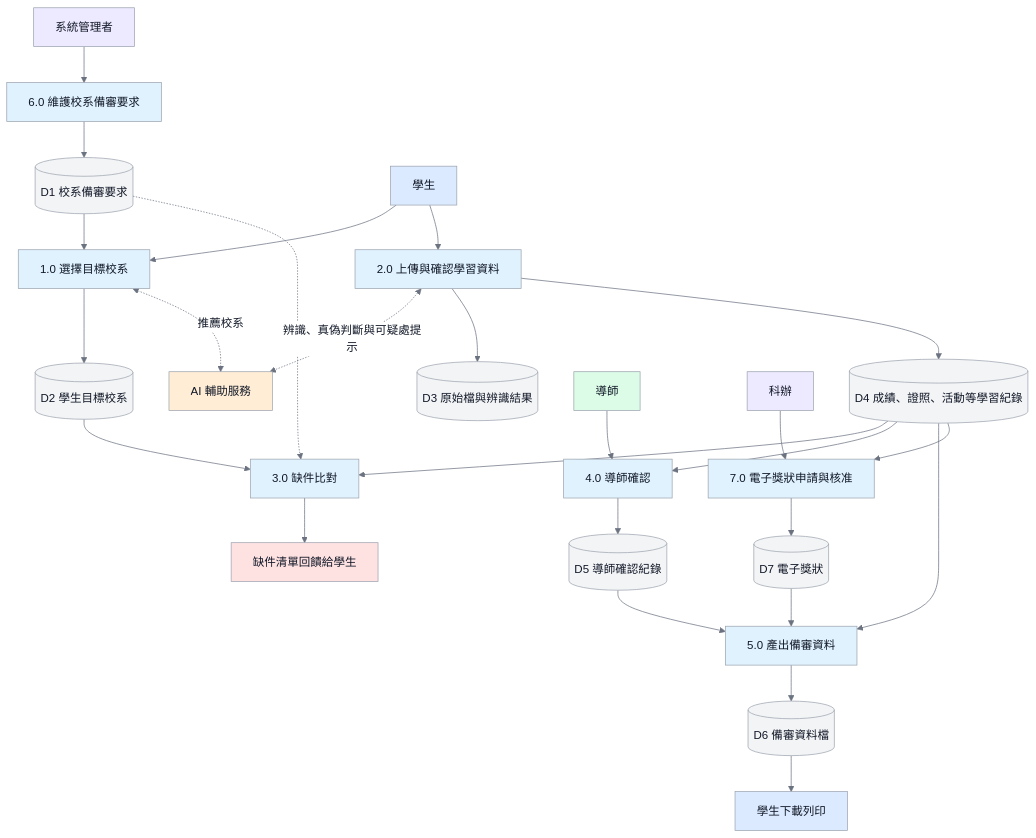
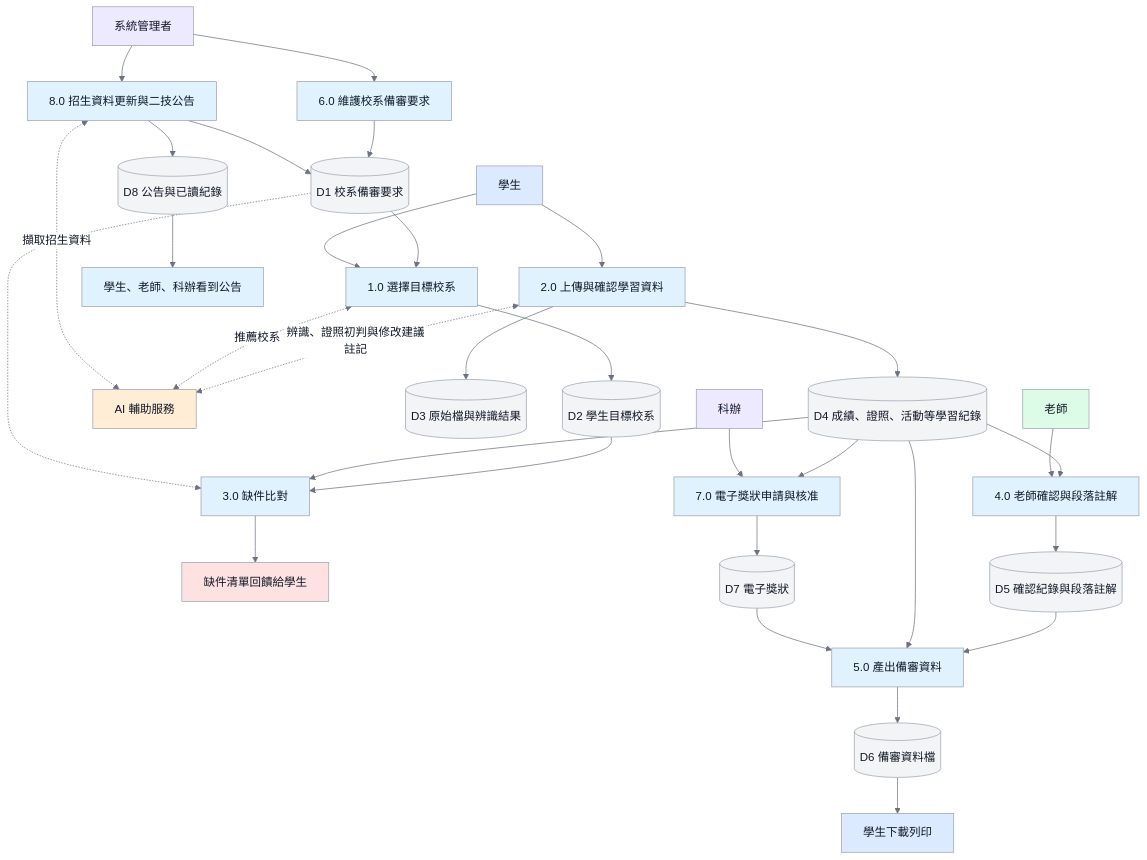
Before and after one commit to vujhdcusa/1028: the diagram in docs/images/D-06-dfd.mmd, drawn with Mermaid. The commit also changed 42 other files, not shown here.

Commit message:
流程圖依 10-10 定案更新：圖 5、8、9、11～16 與使用案例圖；新增圖 17 二技公告；ERD 補 6 張表；新增流程圖彙整簡報（不覆蓋 10-07 討論簡報）

```diff
--- a/docs/images/D-06-dfd.mmd
+++ b/docs/images/D-06-dfd.mmd
@@ -1,36 +1,41 @@
 %%{init: {'theme':'base','themeVariables': {'fontFamily':'Microsoft JhengHei, Noto Sans TC, Arial, sans-serif','primaryColor':'#F3F4F6','primaryTextColor':'#111827','primaryBorderColor':'#9CA3AF','lineColor':'#6B7280','edgeLabelBackground':'#FFFFFF'},'flowchart':{'wrappingWidth':400}}}%%
 flowchart TD
     classDef student fill:#DBEAFE,stroke:#9CA3AF,color:#111827,stroke-width:1px;
     classDef teacher fill:#DCFCE7,stroke:#9CA3AF,color:#111827,stroke-width:1px;
     classDef admin fill:#EDE9FE,stroke:#9CA3AF,color:#111827,stroke-width:1px;
     classDef system fill:#E0F2FE,stroke:#9CA3AF,color:#111827,stroke-width:1px;
     classDef store fill:#F3F4F6,stroke:#9CA3AF,color:#111827,stroke-width:1px;
     classDef ai fill:#FFEDD5,stroke:#9CA3AF,color:#111827,stroke-width:1px;
     classDef alert fill:#FEE2E2,stroke:#9CA3AF,color:#111827,stroke-width:1px;
     classDef pending fill:#FFFFFF,stroke:#9CA3AF,color:#6B7280,stroke-width:1px,stroke-dasharray:5 3;
 
     Admin[系統管理者]:::admin --> P6[6.0 維護校系備審要求]:::system
     P6 --> D1[(D1 校系備審要求)]:::store
     D1 --> P1[1.0 選擇目標校系]:::system
     Student[學生]:::student --> P1
     P1 --> D2[(D2 學生目標校系)]:::store
     Student --> P2[2.0 上傳與確認學習資料]:::system
-    P2 <-. 辨識、真偽判斷與可疑處提示 .-> AI[AI 輔助服務]:::ai
+    P2 <-. 辨識、證照初判與修改建議註記 .-> AI[AI 輔助服務]:::ai
     P1 <-. 推薦校系 .-> AI
     P2 --> D3[(D3 原始檔與辨識結果)]:::store
     P2 --> D4[(D4 成績、證照、活動等學習紀錄)]:::store
     D2 --> P3[3.0 缺件比對]:::system
     D4 --> P3
     D1 -.-> P3
     P3 --> Gap[缺件清單回饋給學生]:::alert
-    D4 --> P4[4.0 導師確認]:::system
-    Teacher[導師]:::teacher --> P4
-    P4 --> D5[(D5 導師確認紀錄)]:::store
+    D4 --> P4[4.0 老師確認與段落註解]:::system
+    Teacher[老師]:::teacher --> P4
+    P4 --> D5[(D5 確認紀錄與段落註解)]:::store
     D5 --> P5[5.0 產出備審資料]:::system
     D4 --> P5
     P5 --> D6[(D6 備審資料檔)]:::store
     D6 --> Download[學生下載列印]:::student
     D4 --> P7[7.0 電子獎狀申請與核准]:::system
     Staff[科辦]:::admin --> P7
     P7 --> D7[(D7 電子獎狀)]:::store
     D7 --> P5
+    Admin --> P8[8.0 招生資料更新與二技公告]:::system
+    P8 <-. 擷取招生資料 .-> AI
+    P8 --> D1
+    P8 --> D8[(D8 公告與已讀紀錄)]:::store
+    D8 --> Notice[學生、老師、科辦看到公告]:::system
```
